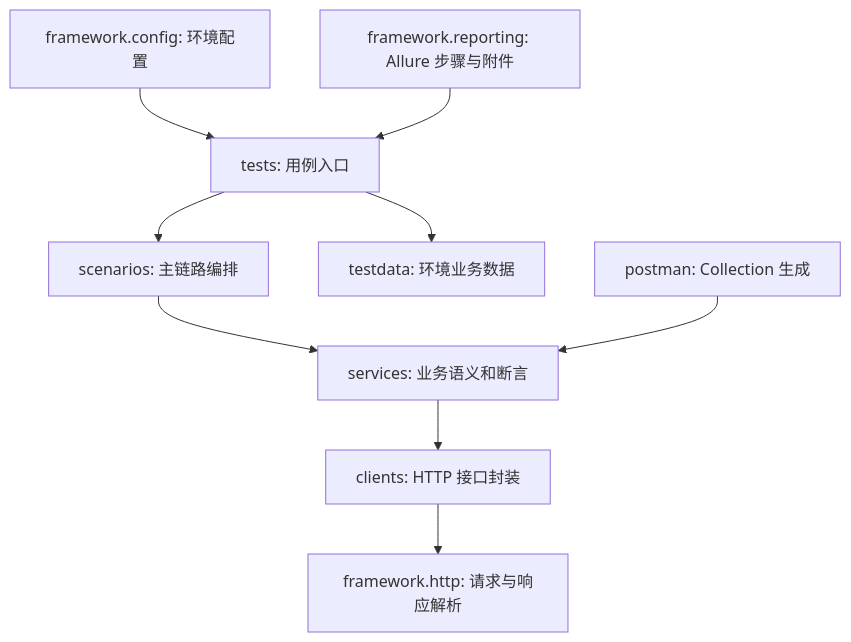
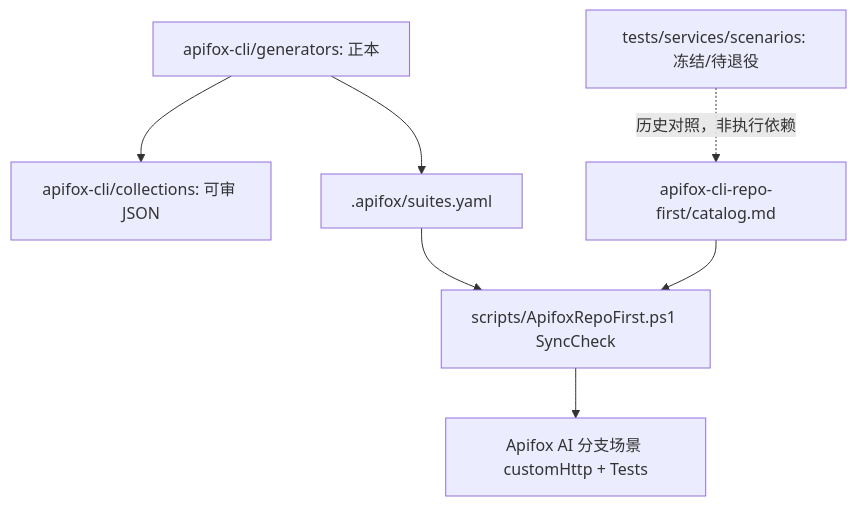
One commit to Vante333/huxp-new-project changed the diagram in api-testcases/api_tests/docs/framework-evolution.md. Above: the diagram before and after it, drawn with Mermaid. The commit also changed other lines of this file and 387 other files, not shown here.

First line of the commit message:
feat(apifox): 将执行单轨迁至 apifox-cli，扩展 Dining/Membership 套件并退役 pytest 验收

````diff
--- a/api-testcases/api_tests/docs/framework-evolution.md
+++ b/api-testcases/api_tests/docs/framework-evolution.md
@@ -11,11 +12,9 @@
 ```mermaid
 flowchart TD
-    Tests["tests: 用例入口"] --> Scenarios["scenarios: 主链路编排"]
-    Scenarios --> Services["services: 业务语义和断言"]
-    Services --> Clients["clients: HTTP 接口封装"]
-    Clients --> FrameworkHttp["framework.http: 请求与响应解析"]
-    Tests --> TestData["testdata: 环境业务数据"]
-    FrameworkConfig["framework.config: 环境配置"] --> Tests
-    FrameworkReport["framework.reporting: Allure 步骤与附件"] --> Tests
-    Postman["postman: Collection 生成"] --> Services
+    Generators["apifox-cli/generators: 正本"] --> Collections["apifox-cli/collections: 可审 JSON"]
+    Generators --> Suites[".apifox/suites.yaml"]
+    Suites --> SyncCheck["scripts/ApifoxRepoFirst.ps1 SyncCheck"]
+    SyncCheck --> Apifox["Apifox AI 分支场景 customHttp + Tests"]
+    Catalog["apifox-cli-repo-first/catalog.md"] --> SyncCheck
+    FrozenPytest["tests/services/scenarios: 冻结/待退役"] -.->|"历史对照，非执行依赖"| Catalog
 ```
````
